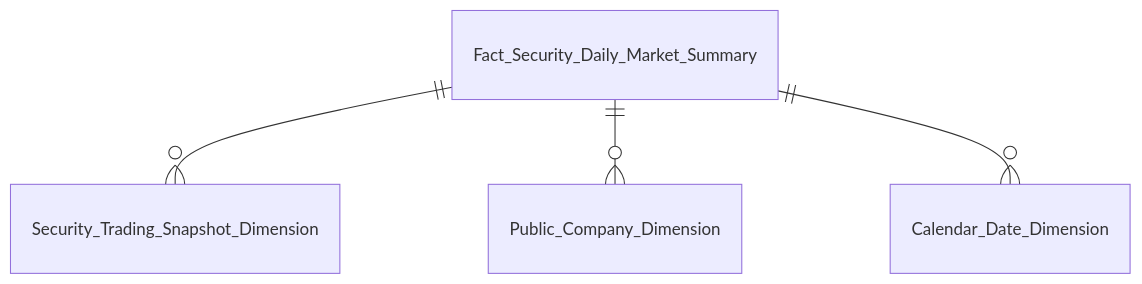
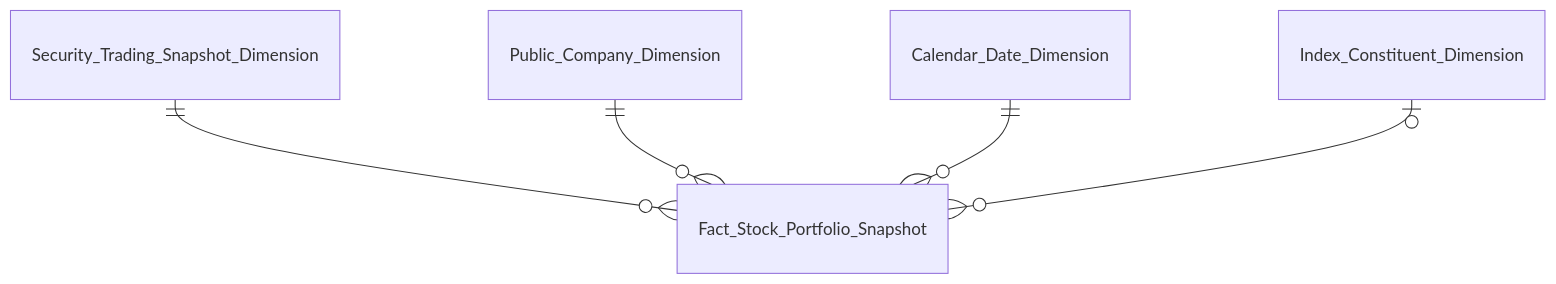
Before and after one commit to linhlvit/ubck_atomic_design: the first of 4 diagrams in Datamart/hld/DTM_GSTT_Entities.md, drawn with Mermaid. The commit also changed other lines of this file and 21 other files, not shown here.

````diff
--- a/Datamart/hld/DTM_GSTT_Entities.md
+++ b/Datamart/hld/DTM_GSTT_Entities.md
@@ -15,6 +14,7 @@
 ```mermaid
 erDiagram
-    Fact_Security_Daily_Market_Summary ||--o{ Security_Trading_Snapshot_Dimension : ""
-    Fact_Security_Daily_Market_Summary ||--o{ Public_Company_Dimension : ""
-    Fact_Security_Daily_Market_Summary ||--o{ Calendar_Date_Dimension : ""
+    Security_Trading_Snapshot_Dimension ||--o{ Fact_Stock_Portfolio_Snapshot : " "
+    Public_Company_Dimension ||--o{ Fact_Stock_Portfolio_Snapshot : " "
+    Calendar_Date_Dimension ||--o{ Fact_Stock_Portfolio_Snapshot : " "
+    Index_Constituent_Dimension |o--o{ Fact_Stock_Portfolio_Snapshot : " "
 ```
````
